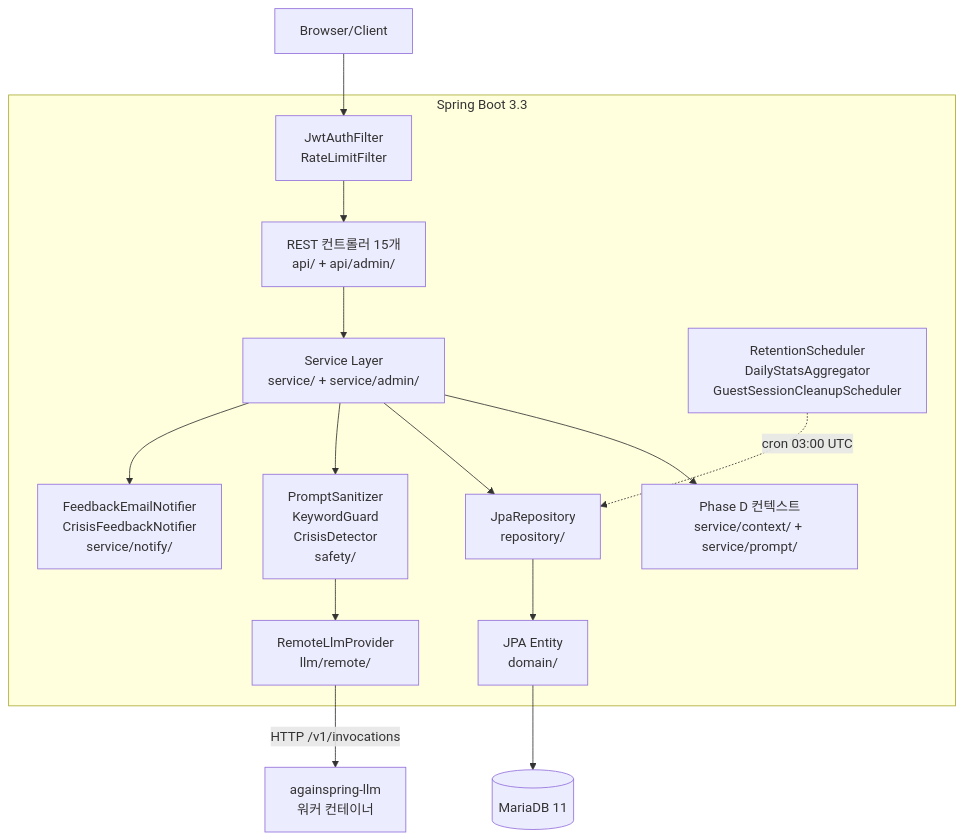
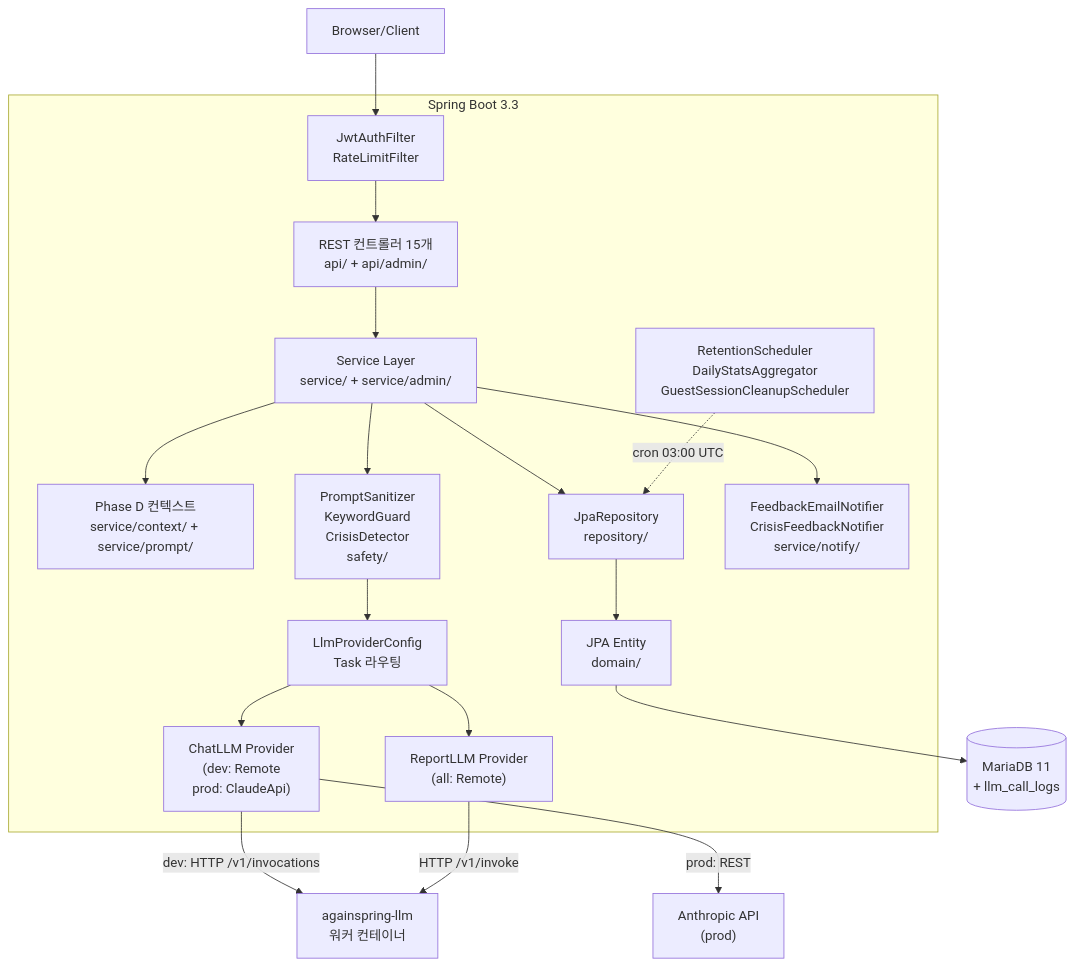
Before and after one commit to Justant-source/Again-Spring: the first of 3 diagrams in backend/docs/architecture.md, drawn with Mermaid. The commit also changed other lines of this file and 60 other files, not shown here.

````diff
--- a/backend/docs/architecture.md
+++ b/backend/docs/architecture.md
@@ -23,25 +24,33 @@
 ```mermaid
 flowchart TB
     Client[Browser/Client]
     subgraph SpringBoot["Spring Boot 3.3"]
         Filter[JwtAuthFilter\nRateLimitFilter]
         Controller[REST 컨트롤러 15개\napi/ + api/admin/]
         Service[Service Layer\nservice/ + service/admin/]
         Context[Phase D 컨텍스트\nservice/context/ + service/prompt/]
         Domain[JPA Entity\ndomain/]
         Repo[JpaRepository\nrepository/]
-        Bridge[RemoteLlmProvider\nllm/remote/]
+        LLMRouter["LlmProviderConfig\nTask 라우팅"]
+        ChatProvider["ChatLLM Provider<br/>(dev: Remote<br/>prod: ClaudeApi)"]
+        ReportProvider["ReportLLM Provider<br/>(all: Remote)"]
         Safety[PromptSanitizer\nKeywordGuard\nCrisisDetector\nsafety/]
         Sched[RetentionScheduler\nDailyStatsAggregator\nGuestSessionCleanupScheduler]
         Notify[FeedbackEmailNotifier\nCrisisFeedbackNotifier\nservice/notify/]
     end
-    DB[(MariaDB 11)]
+    DB[(MariaDB 11\n+ llm_call_logs)]
     LLMWorker[againspring-llm\n워커 컨테이너]
+    AnthropicAPI["Anthropic API<br/>(prod)"]
 
     Client --> Filter --> Controller --> Service
     Service --> Context
     Service --> Repo --> Domain --> DB
-    Service --> Safety --> Bridge -->|HTTP /v1/invocations| LLMWorker
+    Service --> Safety --> LLMRouter
+    LLMRouter --> ChatProvider
+    LLMRouter --> ReportProvider
+    ChatProvider -->|dev: HTTP /v1/invocations| LLMWorker
+    ChatProvider -->|prod: REST| AnthropicAPI
+    ReportProvider -->|HTTP /v1/invoke| LLMWorker
     Service --> Notify
     Sched -.->|cron 03:00 UTC| Repo
 ```
````
